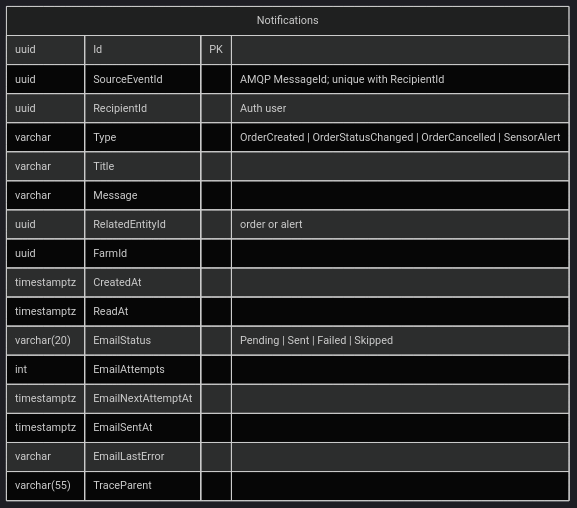
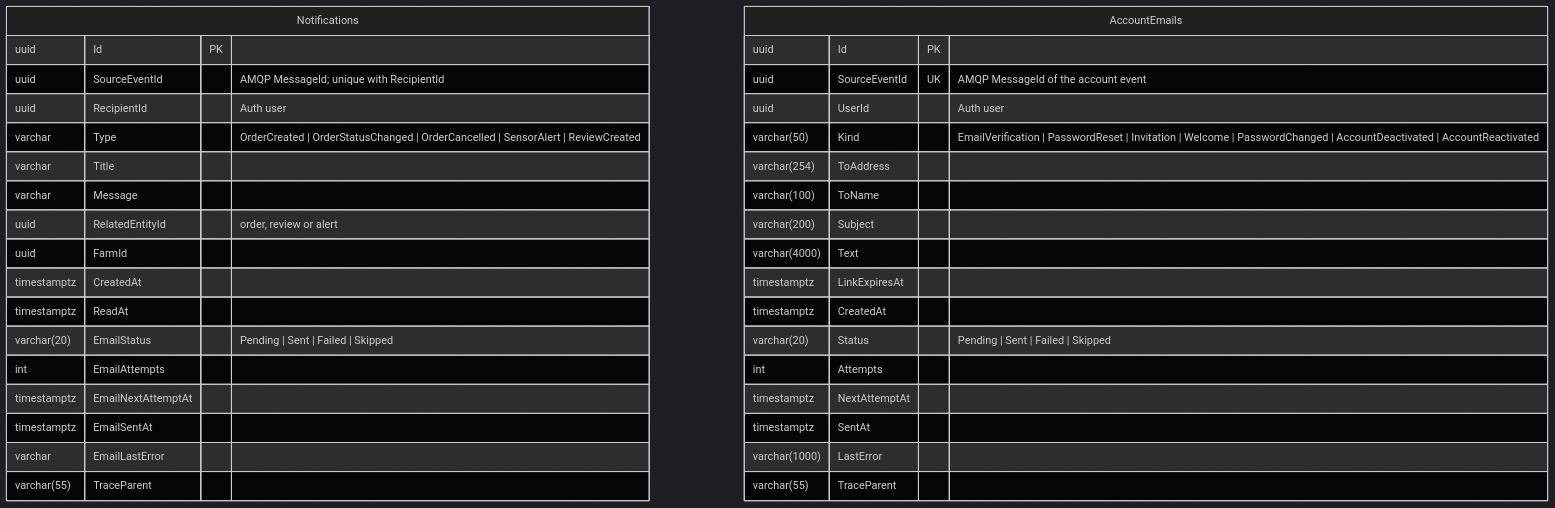
Before and after one commit to brndz1/CropConnect: the sixth of 6 diagrams in docs/data-model.md, drawn with Mermaid (dark theme). The commit also changed other lines of this file and 10 other files, not shown here.

First line of the commit message:
docs: Bring the docs up to date with the account events, Redis and the auth RPCs

````diff
--- a/docs/data-model.md
+++ b/docs/data-model.md
@@ -211,21 +231,39 @@
 ```mermaid
 erDiagram
     Notifications {
         uuid Id PK
         uuid SourceEventId "AMQP MessageId; unique with RecipientId"
         uuid RecipientId "Auth user"
-        varchar Type "OrderCreated | OrderStatusChanged | OrderCancelled | SensorAlert"
+        varchar Type "OrderCreated | OrderStatusChanged | OrderCancelled | SensorAlert | ReviewCreated"
         varchar Title
         varchar Message
-        uuid RelatedEntityId "order or alert"
+        uuid RelatedEntityId "order, review or alert"
         uuid FarmId
         timestamptz CreatedAt
         timestamptz ReadAt
         varchar(20) EmailStatus "Pending | Sent | Failed | Skipped"
         int EmailAttempts
         timestamptz EmailNextAttemptAt
         timestamptz EmailSentAt
         varchar EmailLastError
         varchar(55) TraceParent
     }
+    AccountEmails {
+        uuid Id PK
+        uuid SourceEventId UK "AMQP MessageId of the account event"
+        uuid UserId "Auth user"
+        varchar(50) Kind "EmailVerification | PasswordReset | Invitation | Welcome | PasswordChanged | AccountDeactivated | AccountReactivated"
+        varchar(254) ToAddress
+        varchar(100) ToName
+        varchar(200) Subject
+        varchar(4000) Text
+        timestamptz LinkExpiresAt
+        timestamptz CreatedAt
+        varchar(20) Status "Pending | Sent | Failed | Skipped"
+        int Attempts
+        timestamptz NextAttemptAt
+        timestamptz SentAt
+        varchar(1000) LastError
+        varchar(55) TraceParent
+    }
 ```
````
